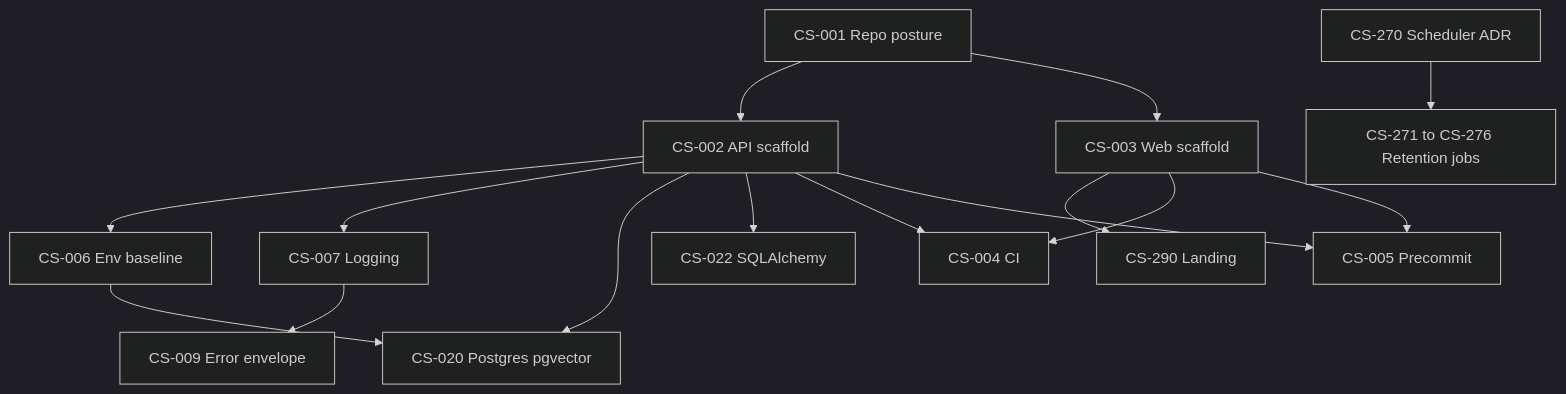
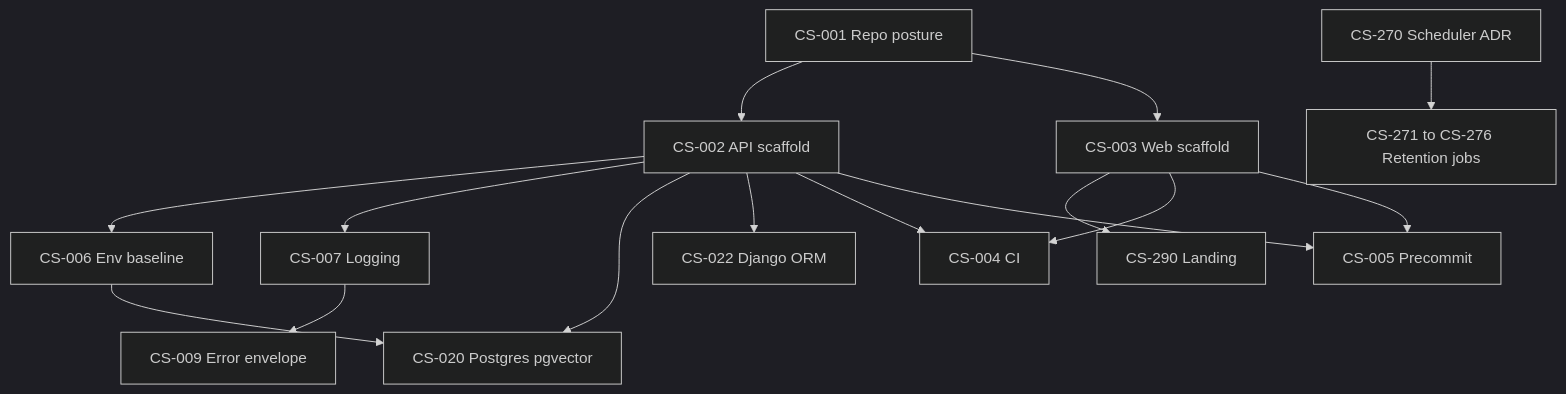
The diagram in docs/Roadmap/PARALLEL_WORK_PLAN.md (Casa-Segura/casa-segura), drawn with Mermaid (dark theme) before and after one commit. The commit also changed other lines of this file and 36 other files, not shown here.

First line of the commit message:
docs(backend): align docs with Django stack (ADR + roadmap)

````diff
--- a/docs/Roadmap/PARALLEL_WORK_PLAN.md
+++ b/docs/Roadmap/PARALLEL_WORK_PLAN.md
@@ -252,17 +252,17 @@
 ```mermaid
 flowchart TD
   cs001["CS-001 Repo posture"] --> cs002["CS-002 API scaffold"]
   cs001 --> cs003["CS-003 Web scaffold"]
   cs002 --> cs006["CS-006 Env baseline"]
   cs002 --> cs007["CS-007 Logging"]
   cs007 --> cs009["CS-009 Error envelope"]
   cs002 --> cs020["CS-020 Postgres pgvector"]
   cs006 --> cs020
-  cs002 --> cs022["CS-022 SQLAlchemy"]
+  cs002 --> cs022["CS-022 Django ORM"]
   cs003 --> cs290["CS-290 Landing"]
   cs002 --> cs004["CS-004 CI"]
   cs003 --> cs004
   cs002 --> cs005["CS-005 Precommit"]
   cs003 --> cs005
   cs270["CS-270 Scheduler ADR"] --> retentionJobs["CS-271 to CS-276 Retention jobs"]
 ```
````
